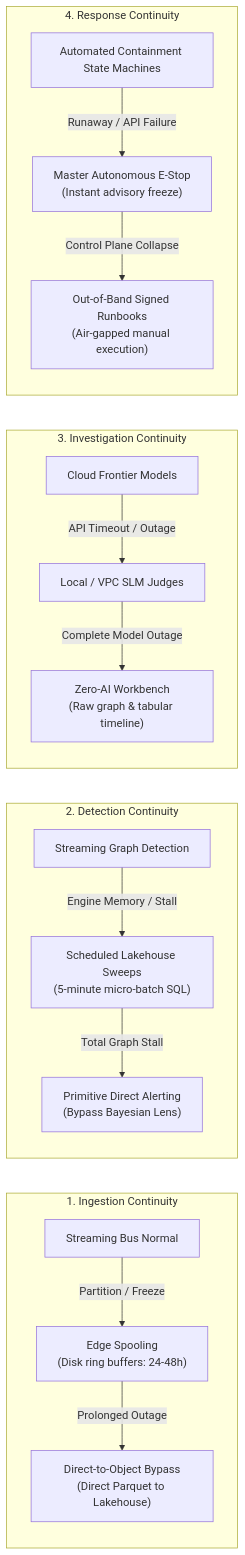
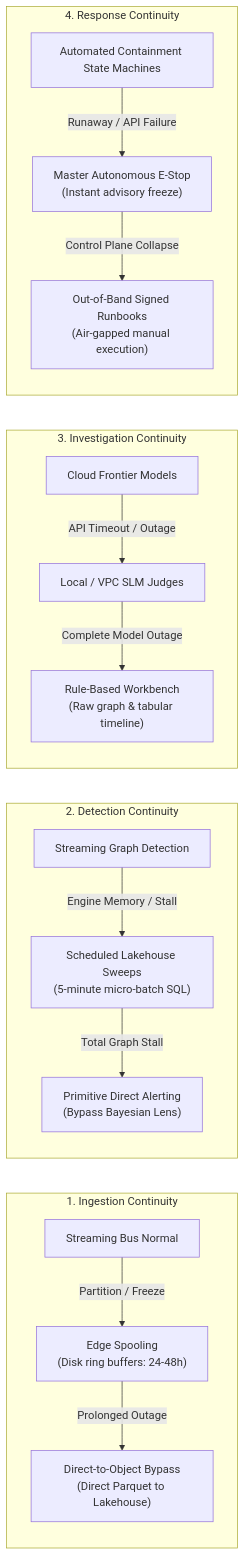
The seventh of 7 diagrams in docs/architecture/05-cross-cutting-engineering-disciplines.md (Haribu/TIDIR), drawn with Mermaid before and after one commit. The commit also changed other lines of this file and 17 other files, not shown here.

````diff
--- a/docs/architecture/05-cross-cutting-engineering-disciplines.md
+++ b/docs/architecture/05-cross-cutting-engineering-disciplines.md
@@ -240,22 +240,22 @@
 ```mermaid
 flowchart LR
   subgraph IngestionContinuity ["1. Ingestion Continuity"]
     I_NORM["Streaming Bus Normal"] -->|Partition / Freeze| I_SPOOL["Edge Spooling\n(Disk ring buffers: 24-48h)"]
     I_SPOOL -->|Prolonged Outage| I_OBJ["Direct-to-Object Bypass\n(Direct Parquet to Lakehouse)"]
   end
 
   subgraph DetectionContinuity ["2. Detection Continuity"]
     D_STREAM["Streaming Graph Detection"] -->|Engine Memory / Stall| D_BATCH["Scheduled Lakehouse Sweeps\n(5-minute micro-batch SQL)"]
     D_BATCH -->|Total Graph Stall| D_RAW["Primitive Direct Alerting\n(Bypass Bayesian Lens)"]
   end
 
   subgraph InvestigationContinuity ["3. Investigation Continuity"]
     A_CLOUD["Cloud Frontier Models"] -->|API Timeout / Outage| A_SLM["Local / VPC SLM Judges"]
-    A_SLM -->|Complete Model Outage| A_ZERO["Zero-AI Workbench\n(Raw graph & tabular timeline)"]
+    A_SLM -->|Complete Model Outage| A_ZERO["Rule-Based Workbench\n(Raw graph & tabular timeline)"]
   end
 
   subgraph ResponseContinuity ["4. Response Continuity"]
     R_AUTO["Automated Containment State Machines"] -->|Runaway / API Failure| R_ESTOP["Master Autonomous E-Stop\n(Instant advisory freeze)"]
     R_ESTOP -->|Control Plane Collapse| R_OOB["Out-of-Band Signed Runbooks\n(Air-gapped manual execution)"]
   end
 ```
````
